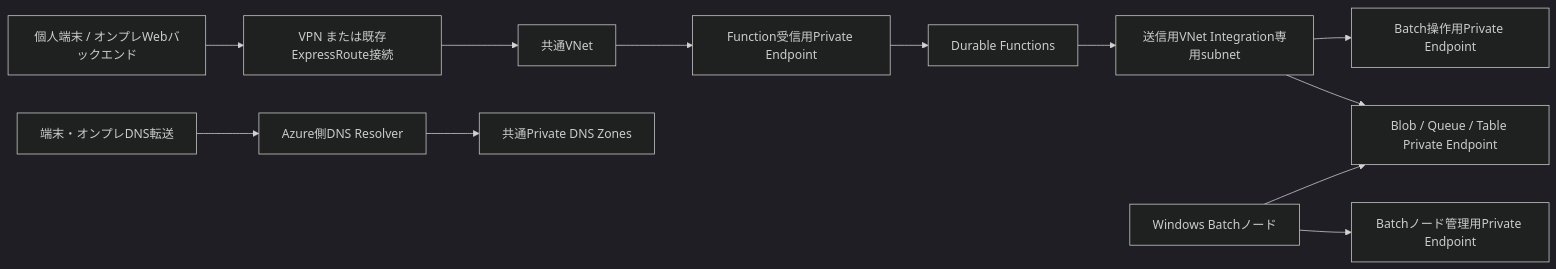
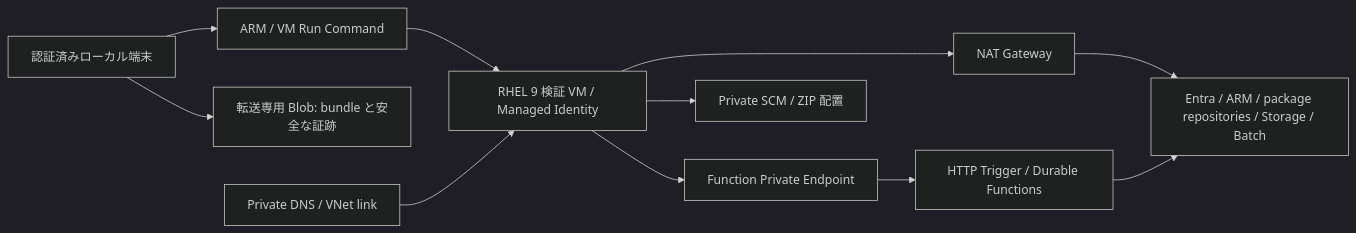
One commit to kkana6624/durable_functions_poc changed the diagram in docs/network-connectivity-design.md. Above: the diagram before and after it, drawn with Mermaid (dark theme). The commit also changed other lines of this file and 31 other files, not shown here.

First line of the commit message:
Deploy private Functions PoC through RHEL VM with Batch Spot

````diff
--- a/docs/network-connectivity-design.md
+++ b/docs/network-connectivity-design.md
@@ -9,14 +11,13 @@
 ```mermaid
 flowchart LR
-    Client[個人端末 / オンプレWebバックエンド] --> Access[VPN または既存ExpressRoute接続]
-    Access --> VNet[共通VNet]
-    VNet --> FunctionPE[Function受信用Private Endpoint]
-    FunctionPE --> Function[Durable Functions]
-    Function --> Integration[送信用VNet Integration専用subnet]
-    Integration --> StoragePE[Blob / Queue / Table Private Endpoint]
-    Integration --> BatchPE[Batch操作用Private Endpoint]
-    Nodes[Windows Batchノード] --> NodePE[Batchノード管理用Private Endpoint]
-    Nodes --> StoragePE
-    DNS[端末・オンプレDNS転送] --> Resolver[Azure側DNS Resolver]
-    Resolver --> Zones[共通Private DNS Zones]
+    Local[認証済みローカル端末] --> ARM[ARM / VM Run Command]
+    Local --> Blob[転送専用 Blob: bundle と安全な証跡]
+    ARM --> VM[RHEL 9 検証 VM / Managed Identity]
+    VM --> PE[Function Private Endpoint]
+    PE --> Func[HTTP Trigger / Durable Functions]
+    VM --> SCM[Private SCM / ZIP 配置]
+    DNS[Private DNS / VNet link] --> VM
+    VM --> NAT[NAT Gateway]
+    NAT --> Public[Entra / ARM / package repositories / Storage / Batch]
+    Func --> Public
 ```
````
